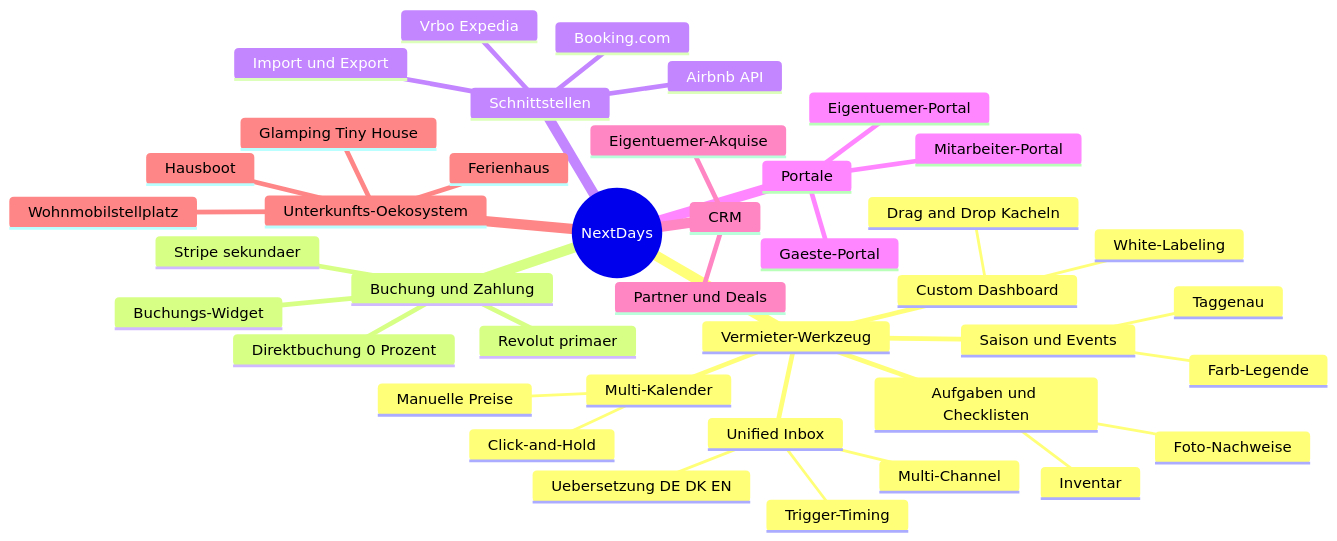
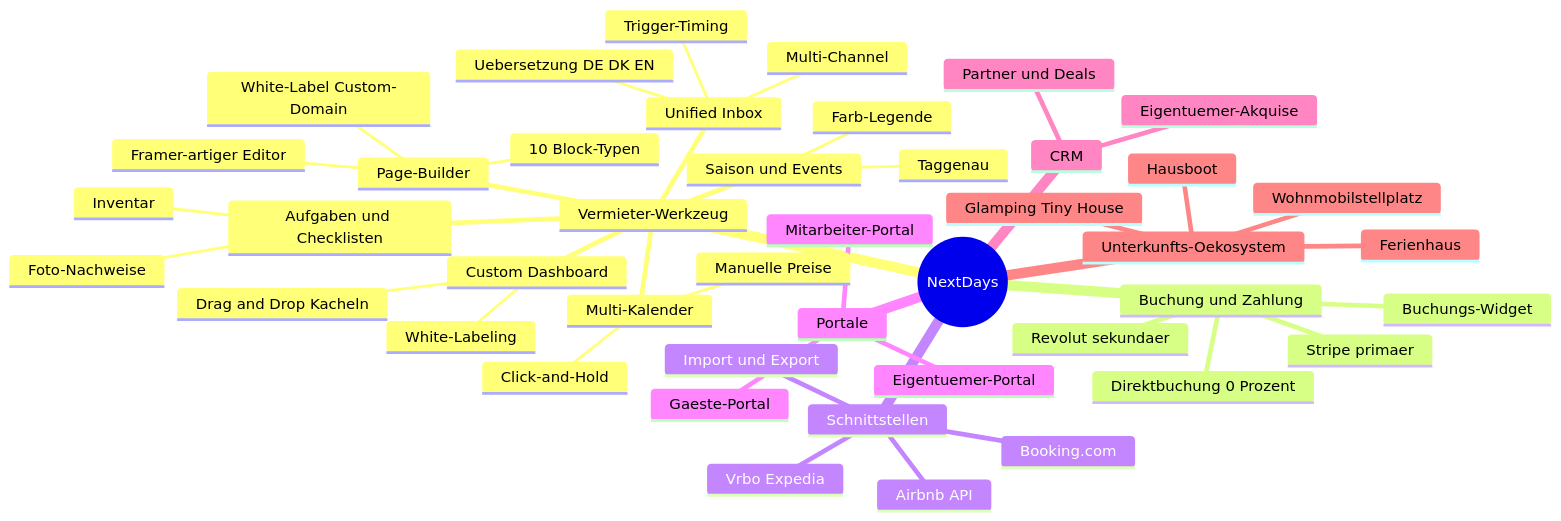
One commit to Andy1234567890-cmyk/NextDays changed the second of 3 diagrams in README.md. Above: the diagram before and after it, drawn with Mermaid. The commit also changed other lines of this file and 61 other files, not shown here.

````diff
--- a/README.md
+++ b/README.md
@@ -69,43 +76,47 @@
 ```mermaid
 mindmap
   root((NextDays))
     Vermieter-Werkzeug
       Custom Dashboard
         Drag and Drop Kacheln
         White-Labeling
       Multi-Kalender
         Click-and-Hold
         Manuelle Preise
       Saison und Events
         Taggenau
         Farb-Legende
       Aufgaben und Checklisten
         Foto-Nachweise
         Inventar
       Unified Inbox
         Trigger-Timing
         Multi-Channel
         Uebersetzung DE DK EN
+      Page-Builder
+        Framer-artiger Editor
+        White-Label Custom-Domain
+        10 Block-Typen
     Buchung und Zahlung
       Direktbuchung 0 Prozent
       Buchungs-Widget
-      Revolut primaer
-      Stripe sekundaer
+      Stripe primaer
+      Revolut sekundaer
     Schnittstellen
       Airbnb API
       Booking.com
       Vrbo Expedia
       Import und Export
     Portale
       Eigentuemer-Portal
       Mitarbeiter-Portal
       Gaeste-Portal
     CRM
       Eigentuemer-Akquise
       Partner und Deals
     Unterkunfts-Oekosystem
       Ferienhaus
       Glamping Tiny House
       Wohnmobilstellplatz
       Hausboot
 ```
````
